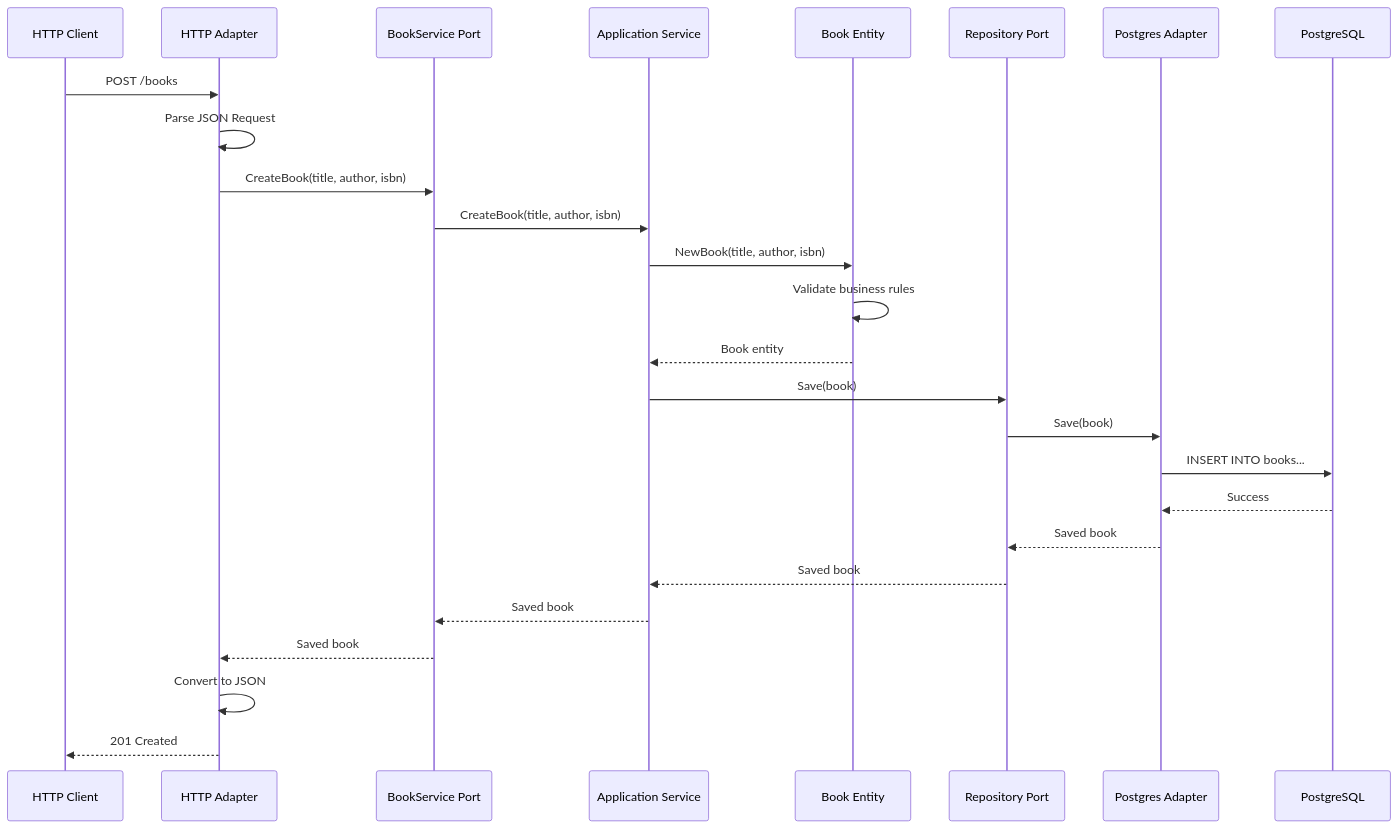
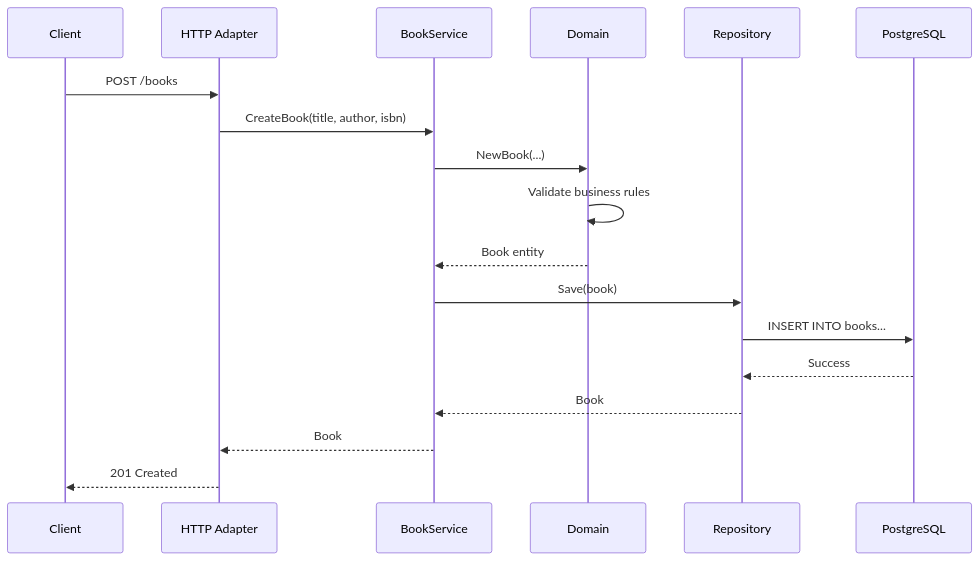
One commit to dhevdotdev/hexagonal-demo changed the third of 3 diagrams in README.md. Above: the diagram before and after it, drawn with Mermaid. The commit also changed other lines of this file and 8 other files, not shown here.

First line of the commit message:
Refactor documentation: consolidate, add Mermaid diagrams, remove hardcoded references

````diff
--- a/README.md
+++ b/README.md
@@ -129,29 +150,21 @@
 ```mermaid
 sequenceDiagram
-    participant Client as HTTP Client
+    participant Client
     participant HTTP as HTTP Adapter
-    participant Port as BookService Port
-    participant App as Application Service
-    participant Domain as Book Entity
-    participant Repo as Repository Port
-    participant PG as Postgres Adapter
+    participant Service as BookService
+    participant Domain
+    participant Repo as Repository
     participant DB as PostgreSQL
     
     Client->>HTTP: POST /books
-    HTTP->>HTTP: Parse JSON Request
-    HTTP->>Port: CreateBook(title, author, isbn)
-    Port->>App: CreateBook(title, author, isbn)
-    App->>Domain: NewBook(title, author, isbn)
+    HTTP->>Service: CreateBook(title, author, isbn)
+    Service->>Domain: NewBook(...)
     Domain->>Domain: Validate business rules
-    Domain-->>App: Book entity
-    App->>Repo: Save(book)
-    Repo->>PG: Save(book)
-    PG->>DB: INSERT INTO books...
-    DB-->>PG: Success
-    PG-->>Repo: Saved book
-    Repo-->>App: Saved book
-    App-->>Port: Saved book
-    Port-->>HTTP: Saved book
-    HTTP->>HTTP: Convert to JSON
+    Domain-->>Service: Book entity
+    Service->>Repo: Save(book)
+    Repo->>DB: INSERT INTO books...
+    DB-->>Repo: Success
+    Repo-->>Service: Book
+    Service-->>HTTP: Book
     HTTP-->>Client: 201 Created
 ```
````
